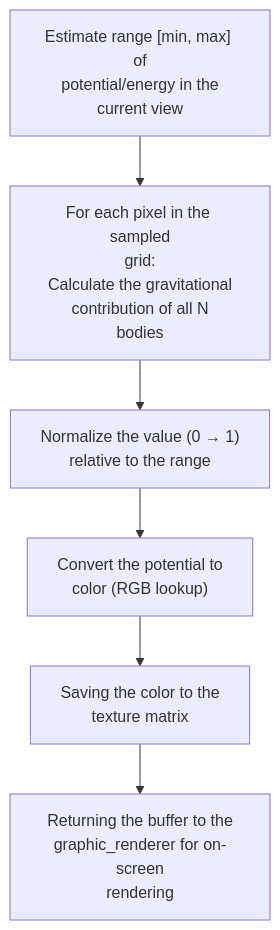
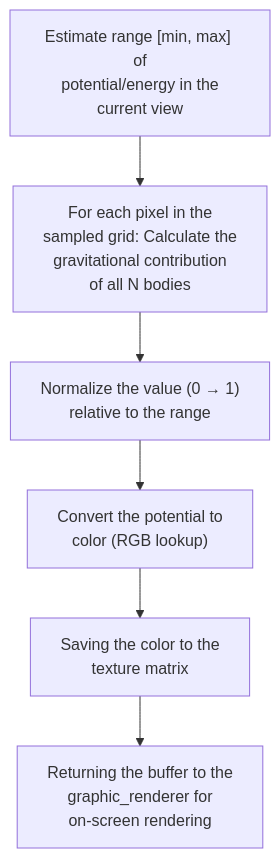
Before and after one commit to alessandro-pioli/AstroCausal_Engine: the fifth of 11 diagrams in ARCHITECTURE_DEEP_DIVE.md, drawn with Mermaid. The commit also changed other lines of this file and 2 other files, not shown here.

Commit message:
docs: leggibilita dei diagrammi e igiene del gitignore

````diff
--- a/ARCHITECTURE_DEEP_DIVE.md
+++ b/ARCHITECTURE_DEEP_DIVE.md
@@ -462,8 +462,8 @@
 ```mermaid
 flowchart TD
-    A["Estimate range [min, max] of<br/>potential/energy in the<br/>current view"] --> B["For each pixel in the sampled<br/>grid:<br/>Calculate the gravitational<br/>contribution of all N<br/>bodies"]
+    A["Estimate range [min, max] of<br/>potential/energy in the<br/>current view"] --> B["For each pixel in the<br/>sampled grid: Calculate the<br/>gravitational contribution<br/>of all N bodies"]
     B --> C["Normalize the value (0 → 1)<br/>relative to the range"]
     C --> D["Convert the potential to<br/>color (RGB lookup)"]
     D --> E["Saving the color to the<br/>texture matrix"]
-    E --> F["Returning the buffer to the<br/>graphic_renderer for on-screen<br/>rendering"]
+    E --> F["Returning the buffer to the<br/>graphic_renderer for<br/>on-screen rendering"]
 ```
````
